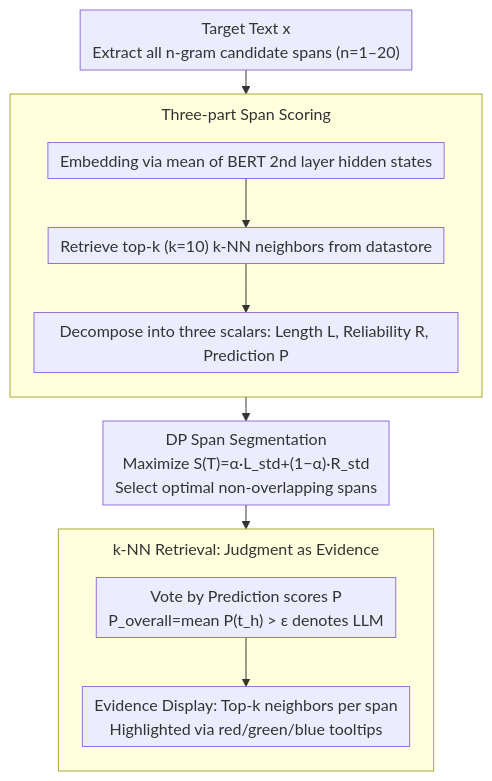
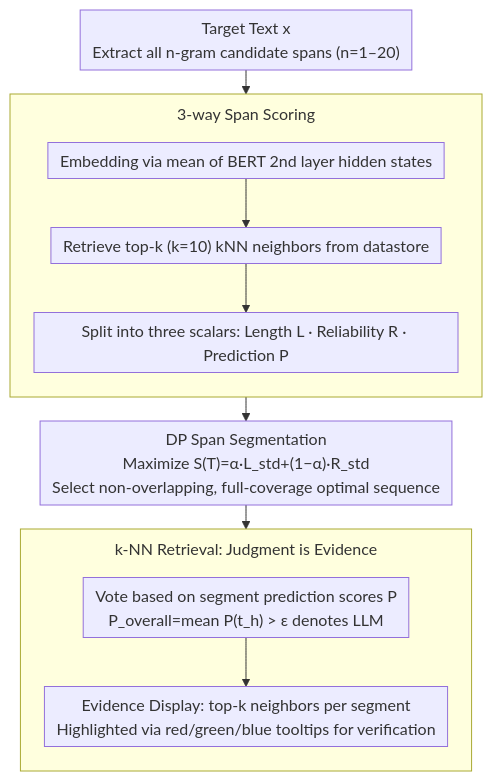
The diagram in docs/ACL2026/aigc_detection/exagpt_example-based_machine-generated_text_detection_for_human_interpretability.md (zhaoyang97/Paper-Notes-en), drawn with Mermaid before and after one commit. The commit also changed other lines of this file and 5084 other files, not shown here.

````diff
--- a/docs/ACL2026/aigc_detection/exagpt_example-based_machine-generated_text_detection_for_human_interpretability.md
+++ b/docs/ACL2026/aigc_detection/exagpt_example-based_machine-generated_text_detection_for_human_interpretability.md
@@ -42,16 +42,16 @@
 ```mermaid
 %%{init: {'flowchart': {'rankSpacing': 24, 'nodeSpacing': 28, 'padding': 6, 'wrappingWidth': 400, 'subGraphTitleMargin': {'top': 8, 'bottom': 16}}}}%%
 flowchart TD
     A["Target Text x<br/>Extract all n-gram candidate spans (n=1–20)"] --> SCORE
-    subgraph SCORE["Three-part Span Scoring"]
+    subgraph SCORE["3-way Span Scoring"]
         direction TB
-        B["Embedding via mean of BERT 2nd layer hidden states"] --> C["Retrieve top-k (k=10) k-NN neighbors from datastore"]
-        C --> D["Decompose into three scalars: Length L, Reliability R, Prediction P"]
+        B["Embedding via mean of BERT 2nd layer hidden states"] --> C["Retrieve top-k (k=10) kNN neighbors from datastore"]
+        C --> D["Split into three scalars: Length L · Reliability R · Prediction P"]
     end
-    SCORE --> E["DP Span Segmentation<br/>Maximize S(T)=α·L_std+(1−α)·R_std<br/>Select optimal non-overlapping spans"]
+    SCORE --> E["DP Span Segmentation<br/>Maximize S(T)=α·L_std+(1−α)·R_std<br/>Select non-overlapping, full-coverage optimal sequence"]
     E --> DECIDE
-    subgraph DECIDE["k-NN Retrieval: Judgment as Evidence"]
+    subgraph DECIDE["k-NN Retrieval: Judgment is Evidence"]
         direction TB
-        F["Vote by Prediction scores P<br/>P_overall=mean P(t_h) > ε denotes LLM"] --> G["Evidence Display: Top-k neighbors per span<br/>Highlighted via red/green/blue tooltips"]
+        F["Vote based on segment prediction scores P<br/>P_overall=mean P(t_h) > ε denotes LLM"] --> G["Evidence Display: top-k neighbors per segment<br/>Highlighted via red/green/blue tooltips for verification"]
     end
 ```
````
